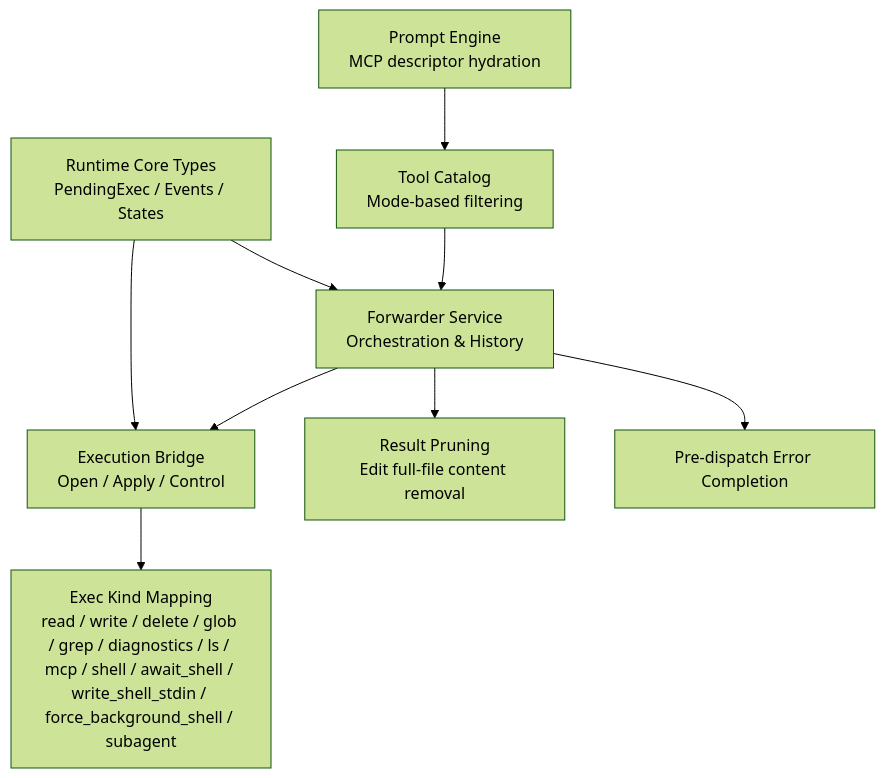
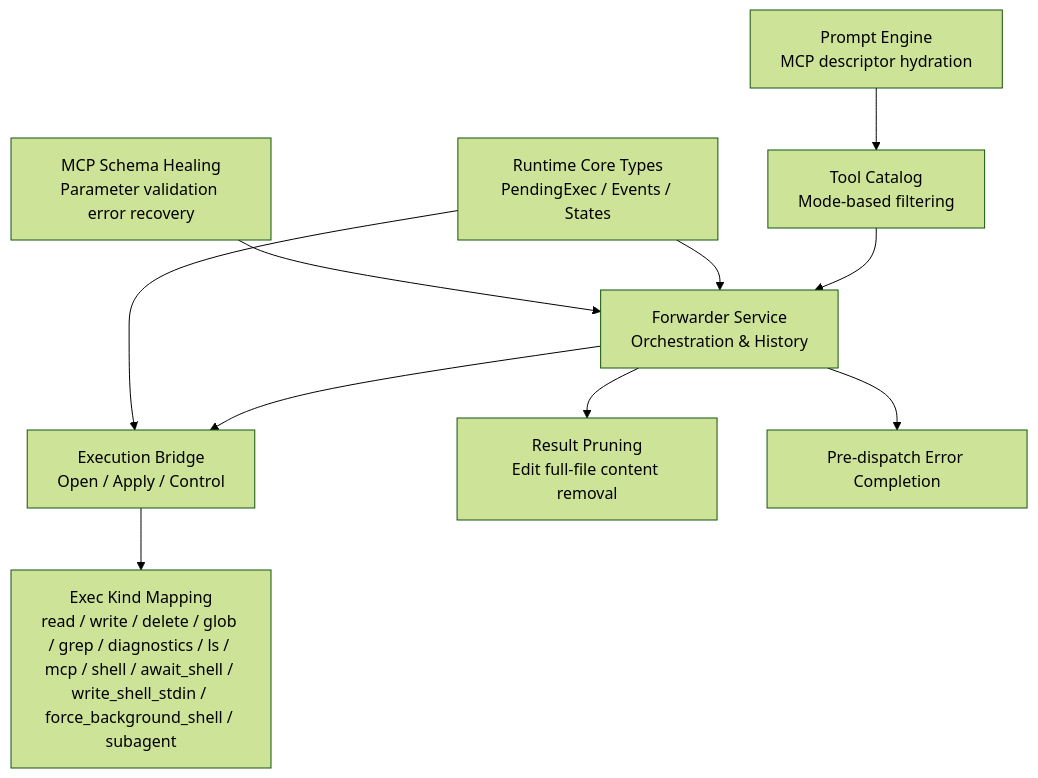
One commit to philau2512/cursor-byok-go-v2 changed the first of 9 diagrams in .qoder/repowiki/en/content/Agent Protocol Support/Tool Execution Engine.md. Above: the diagram before and after it, drawn with Mermaid (forest theme). The commit also changed other lines of this file and 9 other files, not shown here.

First line of the commit message:
feat(mcp): enhance MCP schema discovery and error recovery

````diff
--- a/.qoder/repowiki/en/content/Agent Protocol Support/Tool Execution Engine.md
+++ b/.qoder/repowiki/en/content/Agent Protocol Support/Tool Execution Engine.md
@@ -39,11 +53,12 @@
 ```mermaid
 graph TB
 Catalog["Tool Catalog<br/>Mode-based filtering"] --> Forwarder["Forwarder Service<br/>Orchestration & History"]
 Forwarder --> Bridge["Execution Bridge<br/>Open / Apply / Control"]
 Bridge --> ExecKind["Exec Kind Mapping<br/>read / write / delete / glob / grep / diagnostics / ls / mcp / shell / await_shell / write_shell_stdin / force_background_shell / subagent"]
 Forwarder --> ResultPruning["Result Pruning<br/>Edit full-file content removal"]
 Forwarder --> ErrorCompletion["Pre-dispatch Error Completion"]
 Runtime["Runtime Core Types<br/>PendingExec / Events / States"] --> Forwarder
 Runtime --> Bridge
 PromptEngine["Prompt Engine<br/>MCP descriptor hydration"] --> Catalog
+MCPSchemaHeal["MCP Schema Healing<br/>Parameter validation error recovery"] --> Forwarder
 ```
````
